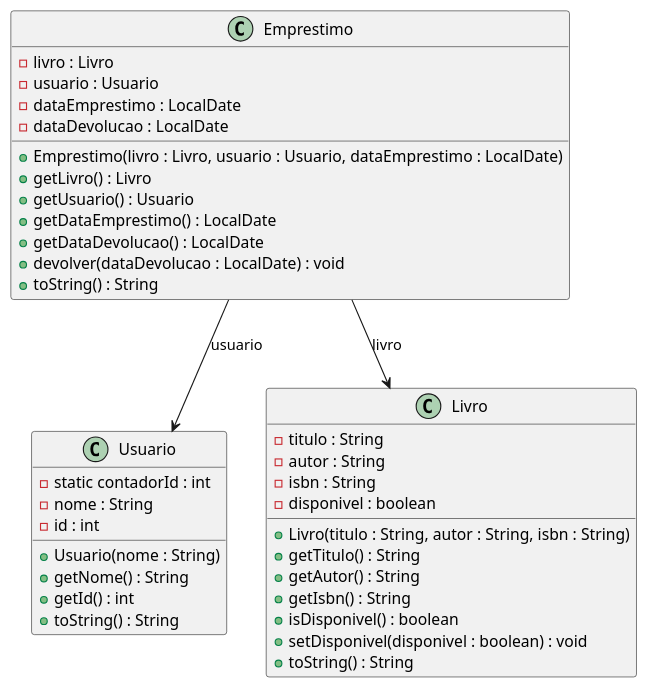
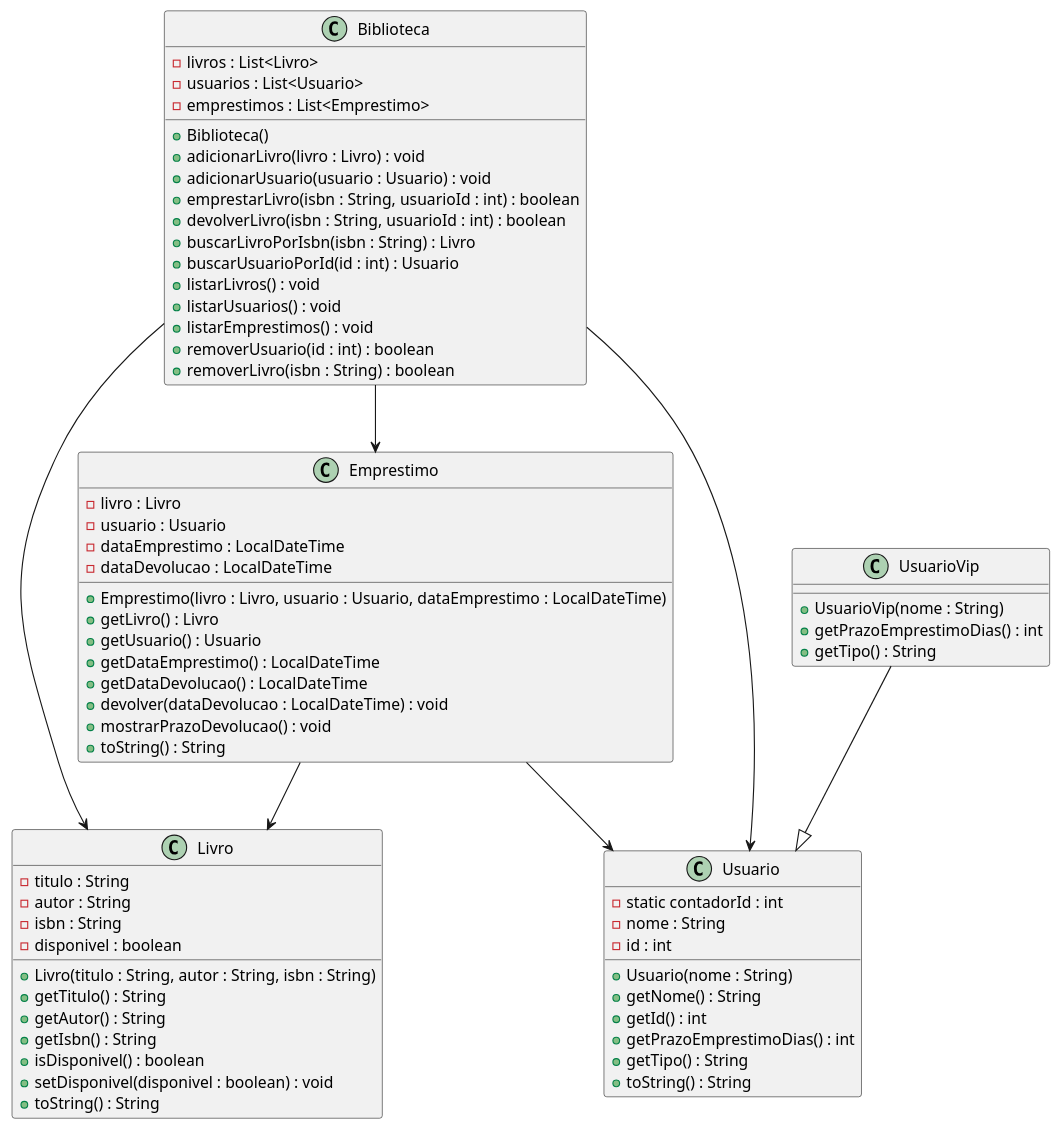
The diagram in bin/DiagramaClasses.plantuml (kaduteixeira1/biblioteca-oop-java), drawn with PlantUML before and after one commit. The commit also changed 1 other file, not shown here.

Commit message:
diagrama atualizado

```diff
--- a/bin/DiagramaClasses.plantuml
+++ b/bin/DiagramaClasses.plantuml
@@ -1,42 +1,77 @@
 @startuml Diagrama
-class Usuario {
-  - static contadorId : int
-  - nome : String
-  - id : int
-  + Usuario(nome : String)
-  + getNome() : String
-  + getId() : int
-  + toString() : String
+
+class Biblioteca {
+  - livros : List<Livro>
+  - usuarios : List<Usuario>
+  - emprestimos : List<Emprestimo>
+  + Biblioteca()
+  + adicionarLivro(livro : Livro) : void
+  + adicionarUsuario(usuario : Usuario) : void
+  + emprestarLivro(isbn : String, usuarioId : int) : boolean
+  + devolverLivro(isbn : String, usuarioId : int) : boolean
+  + buscarLivroPorIsbn(isbn : String) : Livro
+  + buscarUsuarioPorId(id : int) : Usuario
+  + listarLivros() : void
+  + listarUsuarios() : void
+  + listarEmprestimos() : void
+  + removerUsuario(id : int) : boolean
+  + removerLivro(isbn : String) : boolean
 }
 
 class Livro {
   - titulo : String
   - autor : String
   - isbn : String
   - disponivel : boolean
   + Livro(titulo : String, autor : String, isbn : String)
   + getTitulo() : String
   + getAutor() : String
   + getIsbn() : String
   + isDisponivel() : boolean
   + setDisponivel(disponivel : boolean) : void
   + toString() : String
 }
 
+class Usuario {
+  - static contadorId : int
+  - nome : String
+  - id : int
+  + Usuario(nome : String)
+  + getNome() : String
+  + getId() : int
+  + getPrazoEmprestimoDias() : int
+  + getTipo() : String
+  + toString() : String
+}
+
+class UsuarioVip {
+  + UsuarioVip(nome : String)
+  + getPrazoEmprestimoDias() : int
+  + getTipo() : String
+}
+
 class Emprestimo {
   - livro : Livro
   - usuario : Usuario
-  - dataEmprestimo : LocalDate
-  - dataDevolucao : LocalDate
-  + Emprestimo(livro : Livro, usuario : Usuario, dataEmprestimo : LocalDate)
+  - dataEmprestimo : LocalDateTime
+  - dataDevolucao : LocalDateTime
+  + Emprestimo(livro : Livro, usuario : Usuario, dataEmprestimo : LocalDateTime)
   + getLivro() : Livro
   + getUsuario() : Usuario
-  + getDataEmprestimo() : LocalDate
-  + getDataDevolucao() : LocalDate
-  + devolver(dataDevolucao : LocalDate) : void
+  + getDataEmprestimo() : LocalDateTime
+  + getDataDevolucao() : LocalDateTime
+  + devolver(dataDevolucao : LocalDateTime) : void
+  + mostrarPrazoDevolucao() : void
   + toString() : String
 }
 
-Emprestimo --> Livro : livro
-Emprestimo --> Usuario : usuario
+Biblioteca --> Livro
+Biblioteca --> Usuario
+Biblioteca --> Emprestimo
+
+Emprestimo --> Livro
+Emprestimo --> Usuario
+
+UsuarioVip --|> Usuario
+
 @enduml
```
